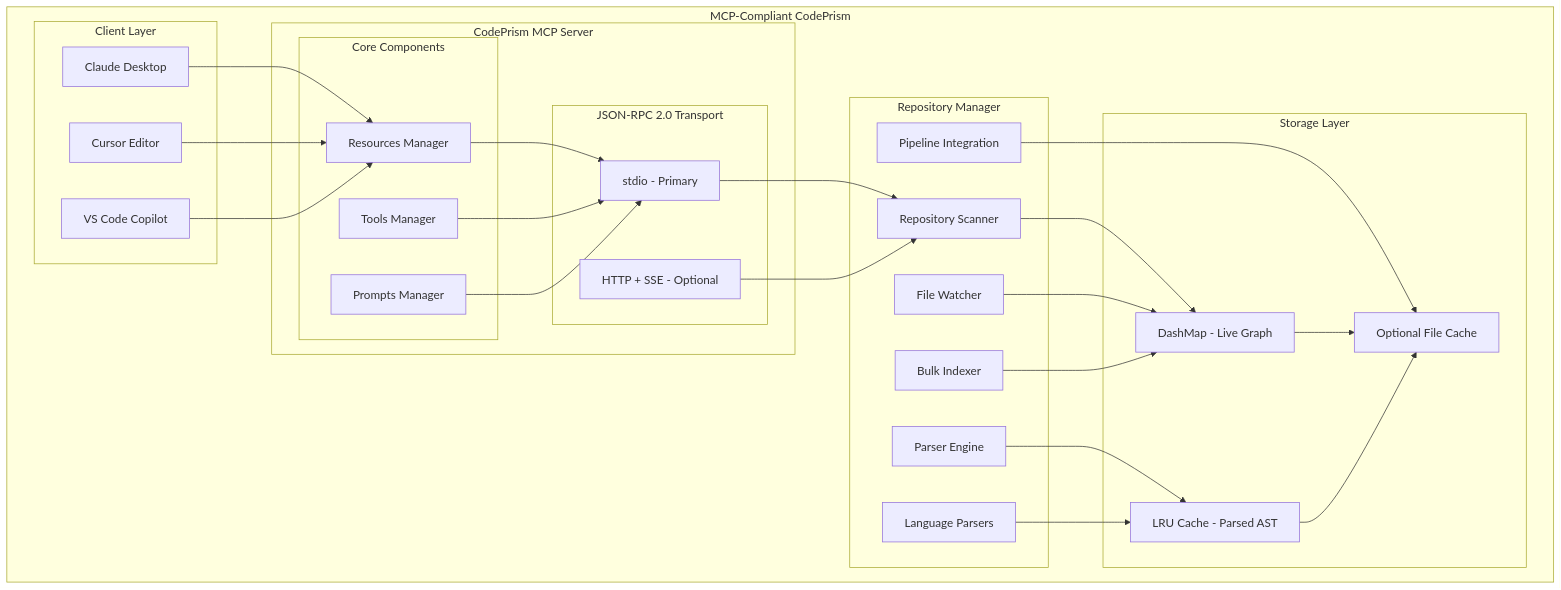
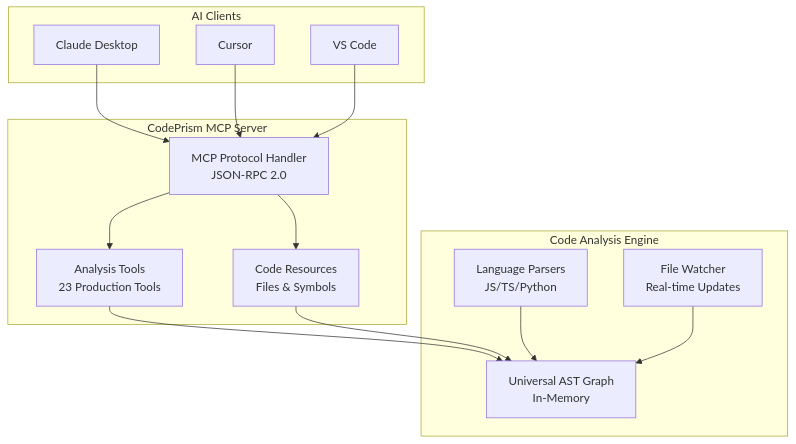
One commit to rustic-ai/codeprism changed the diagram in codeprism-docs/docs/Architecture.md. Above: the diagram before and after it, drawn with Mermaid. The commit also changed other lines of this file and 6 other files, not shown here.

````diff
--- a/codeprism-docs/docs/Architecture.md
+++ b/codeprism-docs/docs/Architecture.md
@@ -26,59 +18,33 @@
 ```mermaid
 graph TB
-    subgraph "MCP-Compliant CodePrism"
-        subgraph "Client Layer"
-            Claude[Claude Desktop]
-            Cursor[Cursor Editor]
-            VSCode[VS Code Copilot]
-        end
-        
-        subgraph "CodePrism MCP Server"
-            subgraph "Core Components"
-                RM[Resources Manager]
-                TM[Tools Manager]
-                PM[Prompts Manager]
-            end
-            
-            subgraph "JSON-RPC 2.0 Transport"
-                STDIO[stdio - Primary]
-                HTTP[HTTP + SSE - Optional]
-            end
-        end
-        
-        subgraph "Repository Manager"
-            RS[Repository Scanner]
-            PE[Parser Engine]
-            FW[File Watcher]
-            BI[Bulk Indexer]
-            PI[Pipeline Integration]
-            LP[Language Parsers]
-        end
-        
-        subgraph "Storage Layer"
-            DM[DashMap - Live Graph]
-            LRU[LRU Cache - Parsed AST]
-            FC[Optional File Cache]
-        end
+    subgraph "AI Clients"
+        Claude[Claude Desktop]
+        Cursor[Cursor]
+        VSCode[VS Code]
     end
     
-    Claude --> RM
-    Cursor --> RM
-    VSCode --> RM
+    subgraph "CodePrism MCP Server"
+        MCP[MCP Protocol Handler<br/>JSON-RPC 2.0]
+        Tools[Analysis Tools<br/>23 Production Tools]
+        Resources[Code Resources<br/>Files & Symbols]
+    end
     
-    RM --> STDIO
-    TM --> STDIO
-    PM --> STDIO
+    subgraph "Code Analysis Engine"
+        Parsers[Language Parsers<br/>JS/TS/Python]
+        Graph[Universal AST Graph<br/>In-Memory]
+        Watcher[File Watcher<br/>Real-time Updates]
+    end
     
-    STDIO --> RS
-    HTTP --> RS
+    Claude --> MCP
+    Cursor --> MCP
+    VSCode --> MCP
     
-    RS --> DM
-    PE --> LRU
-    FW --> DM
-    BI --> DM
-    PI --> FC
-    LP --> LRU
+    MCP --> Tools
+    MCP --> Resources
     
-    DM --> FC
-    LRU --> FC
+    Tools --> Graph
+    Resources --> Graph
+    
+    Parsers --> Graph
+    Watcher --> Graph
 ```
````
